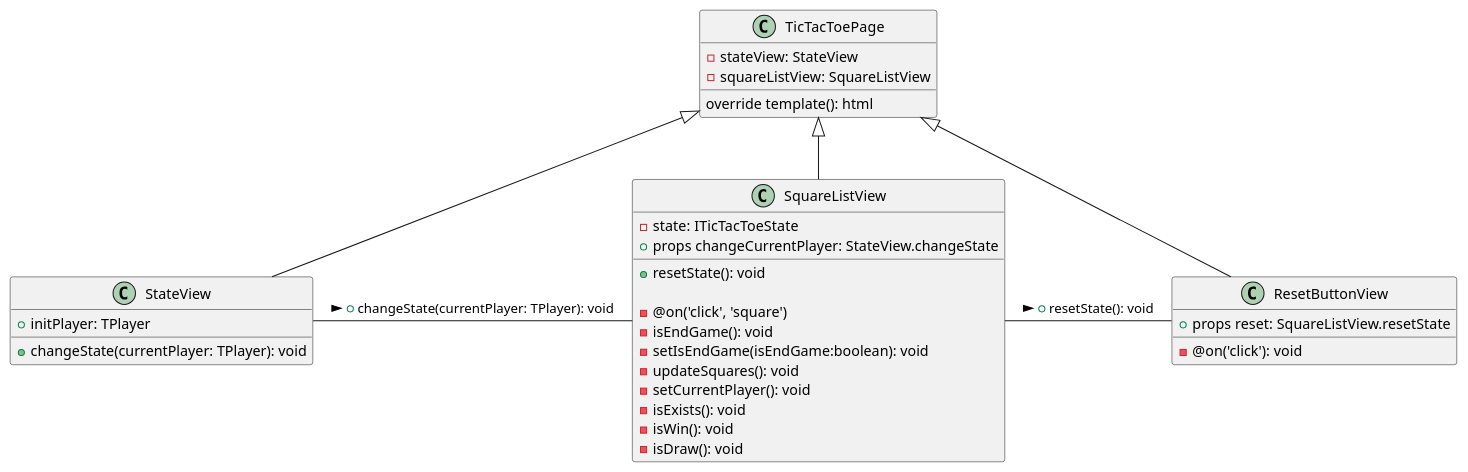
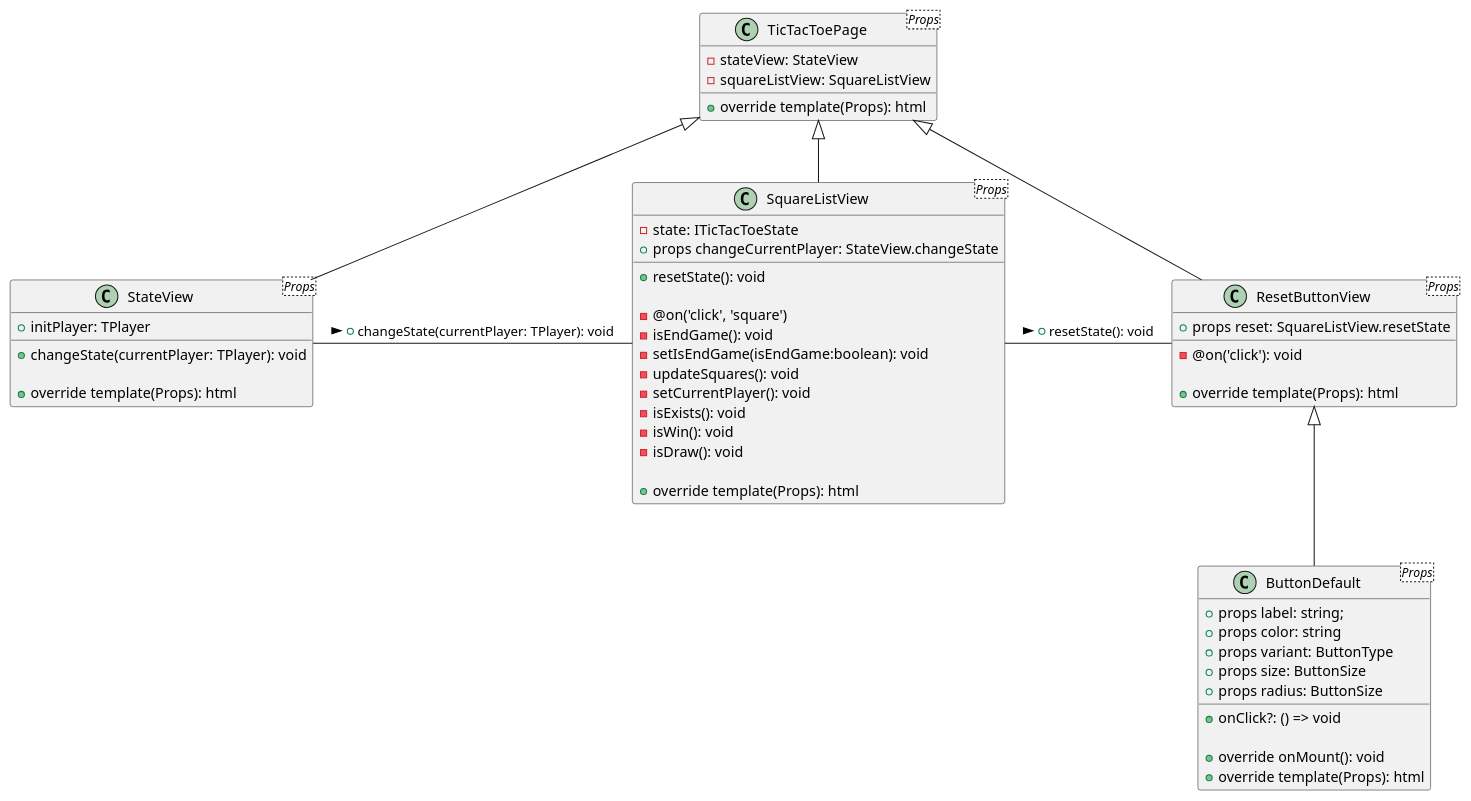
The diagram in uml.puml (jho-bang/tictactoe), drawn with PlantUML before and after one commit. The commit also changed 6 other files, not shown here.

```diff
--- a/uml.puml
+++ b/uml.puml
@@ -1,47 +1,67 @@
 @startuml
 
-Class TicTacToePage {
+Class TicTacToePage<Props> {
     -stateView: StateView
     -squareListView: SquareListView
 
-    override template(): html
+    +override template(Props): html
 }
 
-Class StateView {
+Class StateView<Props> {
     +initPlayer: TPlayer
     +changeState(currentPlayer: TPlayer): void
+
+    +override template(Props): html
 }
-Class SquareListView {
+Class SquareListView<Props> {
     -state: ITicTacToeState
     +props changeCurrentPlayer: StateView.changeState
 
     +resetState(): void
 
     -@on('click', 'square')
     -isEndGame(): void
     -setIsEndGame(isEndGame:boolean): void
     -updateSquares(): void
     -setCurrentPlayer(): void
     -isExists(): void
     -isWin(): void
     -isDraw(): void
+
+    +override template(Props): html
 }
 
-Class ResetButtonView {
+Class ResetButtonView<Props> {
     +props reset: SquareListView.resetState
 
     -@on('click'): void
+
+    +override template(Props): html
+}
+
+Class ButtonDefault<Props> {
+    +props label: string;
+    +props color: string
+    +props variant: ButtonType
+    +props size: ButtonSize
+    +props radius: ButtonSize
+    +onClick?: () => void
+
+    +override onMount(): void
+    +override template(Props): html
 }
 
 
 TicTacToePage <|-- StateView
 TicTacToePage <|-- SquareListView
 TicTacToePage <|-- ResetButtonView
+
+ResetButtonView <|-- ButtonDefault
 
 StateView - SquareListView : +changeState(currentPlayer: TPlayer): void >
 SquareListView - ResetButtonView : +resetState(): void >
 
 
 
 
 @enduml
```
